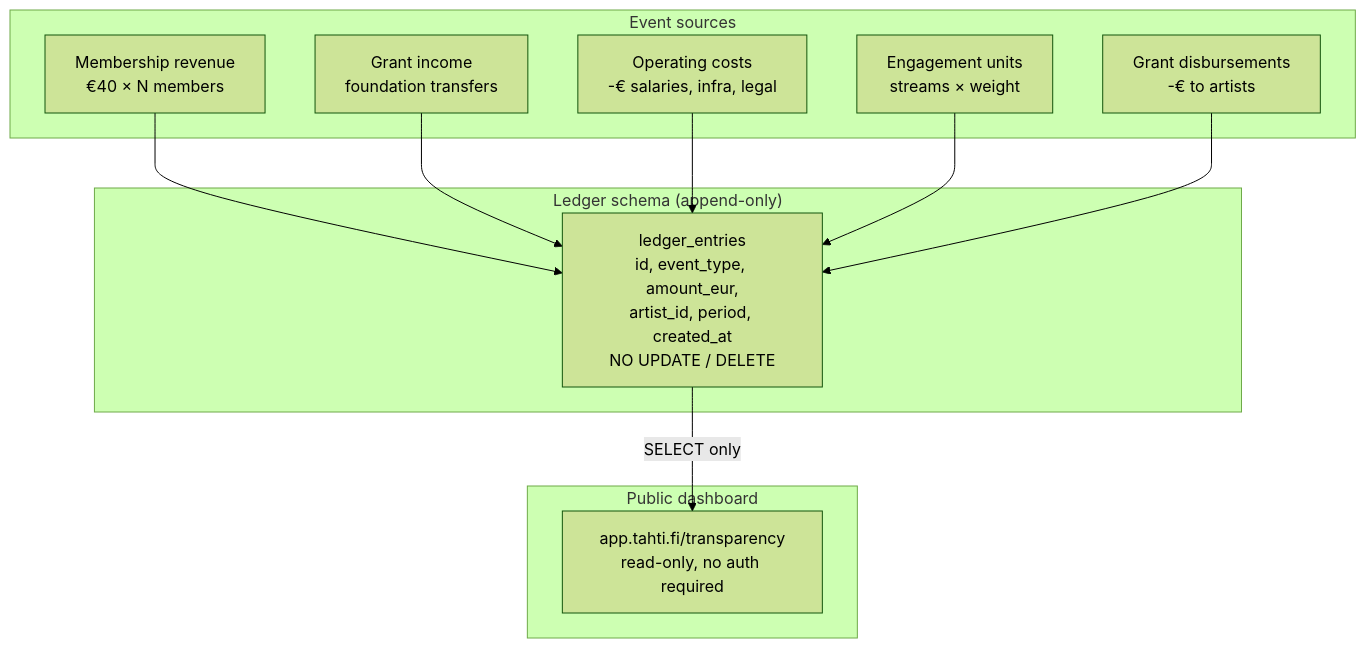
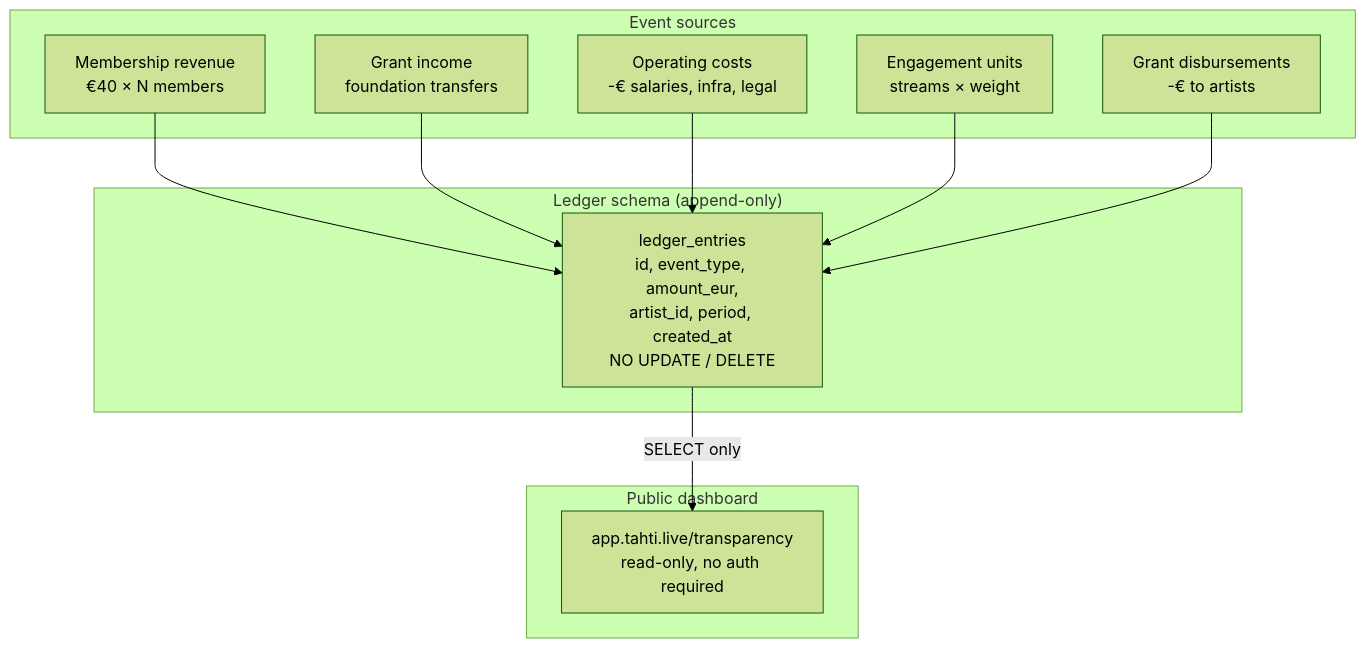
Before and after one commit to janiluuk/tahti-org: the second of 5 diagrams in docs/technical/phase-6.md, drawn with Mermaid (forest theme). The commit also changed other lines of this file and 148 other files, not shown here.

First line of the commit message:
feat(m10): member governance, chat polish, domain rename to tahti.live

````diff
--- a/docs/technical/phase-6.md
+++ b/docs/technical/phase-6.md
@@ -46,26 +46,26 @@
 ```mermaid
 graph TB
     subgraph "Ledger schema (append-only)"
         LE[ledger_entries\nid, event_type, amount_eur,\nartist_id, period, created_at\nNO UPDATE / DELETE]
     end
 
     subgraph "Event sources"
         MR[Membership revenue\n€40 × N members]
         GR[Grant income\nfoundation transfers]
         OP[Operating costs\n-€ salaries, infra, legal]
         EG[Engagement units\nstreams × weight]
         GD[Grant disbursements\n-€ to artists]
     end
 
     MR --> LE
     GR --> LE
     OP --> LE
     EG --> LE
     GD --> LE
 
     subgraph "Public dashboard"
-        PD[app.tahti.fi/transparency\nread-only, no auth required]
+        PD[app.tahti.live/transparency\nread-only, no auth required]
     end
 
     LE -- SELECT only --> PD
 ```
````
